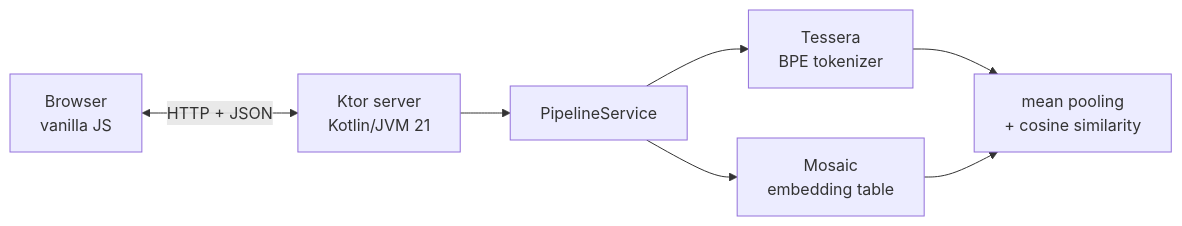
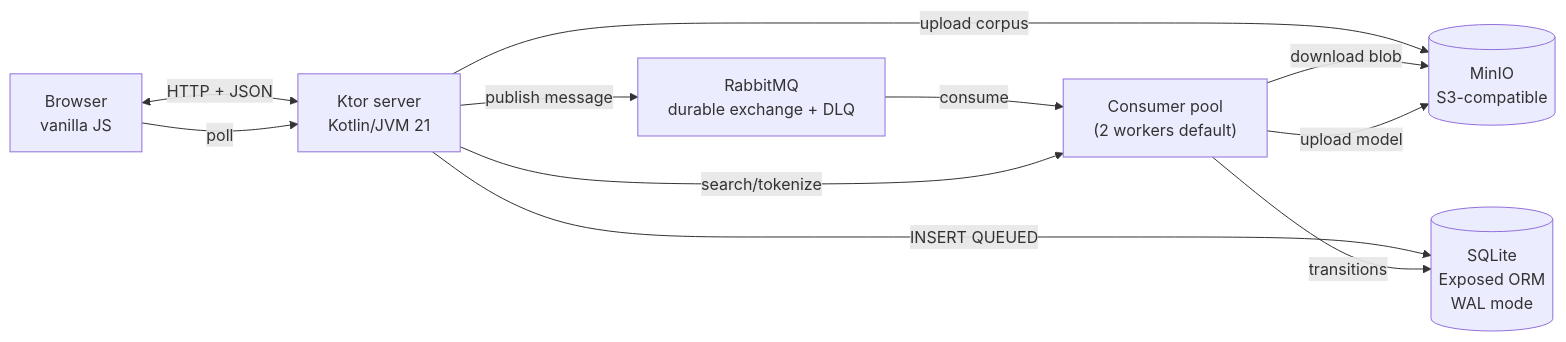
One commit to HectorIFC/nlp-kotlin-playground changed the diagram in README.md. Above: the diagram before and after it, drawn with Mermaid. The commit also changed other lines of this file, not shown here.

Commit message:
docs: rewrite README around v0.1.0 distributed architecture

````diff
--- a/README.md
+++ b/README.md
@@ -80,16 +73,20 @@
 ```mermaid
 flowchart LR
     Browser["Browser<br/>vanilla JS"]
     Ktor["Ktor server<br/>Kotlin/JVM 21"]
-    Pipeline["PipelineService"]
-    Tessera["Tessera<br/>BPE tokenizer"]
-    Mosaic["Mosaic<br/>embedding table"]
-    Cosine["mean pooling<br/>+ cosine similarity"]
+    SQLite[("SQLite<br/>Exposed ORM<br/>WAL mode")]
+    MinIO[("MinIO<br/>S3-compatible")]
+    Rabbit["RabbitMQ<br/>durable exchange + DLQ"]
+    Consumer["Consumer pool<br/>(2 workers default)"]
 
     Browser <-->|HTTP + JSON| Ktor
-    Ktor --> Pipeline
-    Pipeline --> Tessera
-    Pipeline --> Mosaic
-    Tessera --> Cosine
-    Mosaic --> Cosine
+    Ktor -- upload corpus --> MinIO
+    Ktor -- INSERT QUEUED --> SQLite
+    Ktor -- publish message --> Rabbit
+    Rabbit -- consume --> Consumer
+    Consumer -- download blob --> MinIO
+    Consumer -- transitions --> SQLite
+    Consumer -- upload model --> MinIO
+    Browser -- poll --> Ktor
+    Ktor -- search/tokenize --> Consumer
 ```
````
